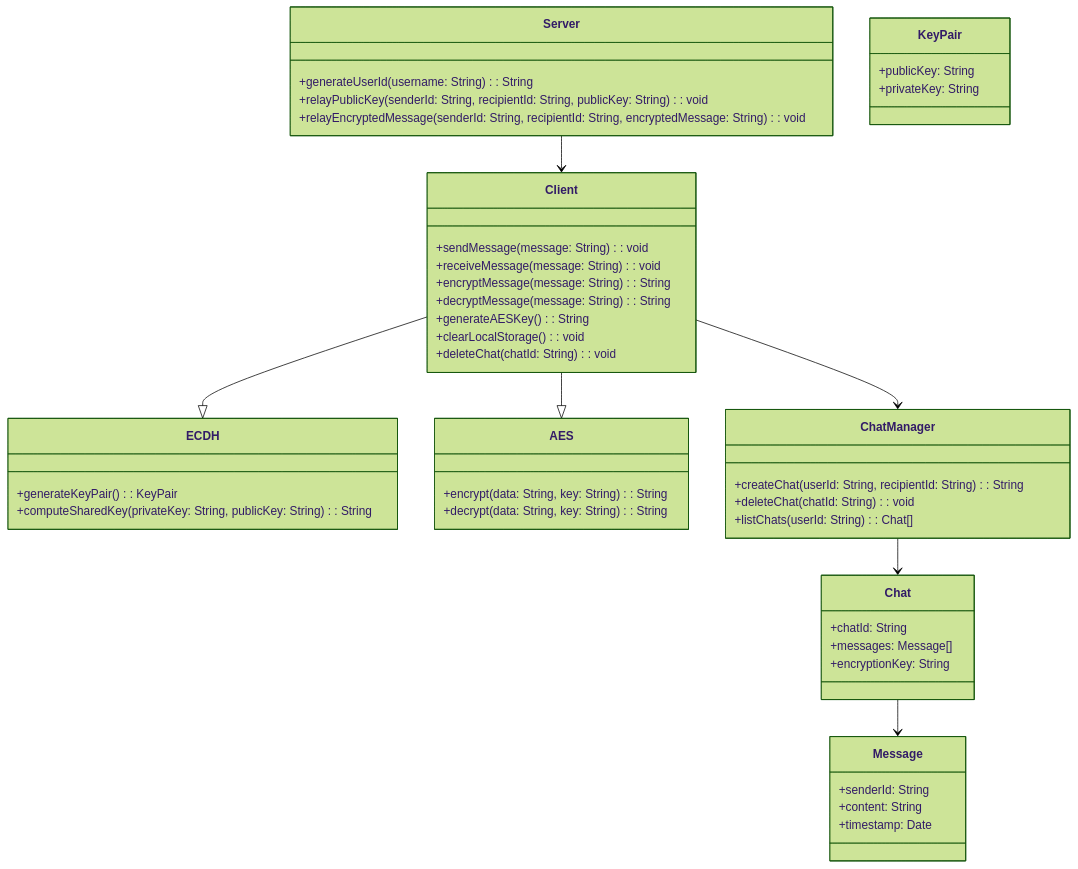
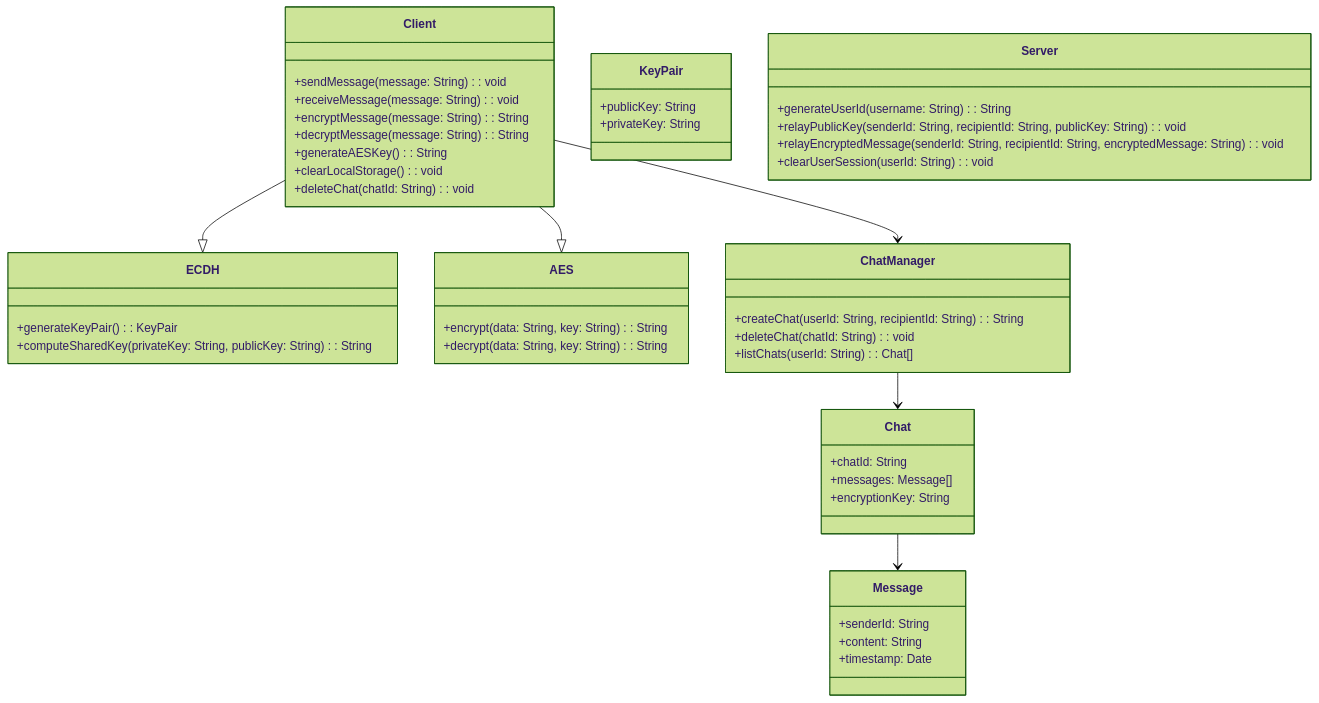
Before and after one commit to GuillaumeDorschner/RTU-CryptoChatApp: the fourth of 4 diagrams in Technical Design System.md, drawn with Mermaid (forest theme). The commit also changed other lines of this file and 1 other file, not shown here.

````diff
--- a/Technical Design System.md
+++ b/Technical Design System.md
@@ -95,58 +99,59 @@
 ```mermaid
 classDiagram
+
+
     class Client {
         +sendMessage(message: String): void
         +receiveMessage(message: String): void
         +encryptMessage(message: String): String
         +decryptMessage(message: String): String
         +generateAESKey(): String
         +clearLocalStorage(): void
         +deleteChat(chatId: String): void
     }
+    class ECDH {
+        +generateKeyPair(): KeyPair
+        +computeSharedKey(privateKey: String, publicKey: String): String
+    }
+
+    class KeyPair {
+        +publicKey: String
+        +privateKey: String
+    }
 
     class Server {
         +generateUserId(username: String): String
         +relayPublicKey(senderId: String, recipientId: String, publicKey: String): void
         +relayEncryptedMessage(senderId: String, recipientId: String, encryptedMessage: String): void
-    }
-
-    class ECDH {
-        +generateKeyPair(): KeyPair
-        +computeSharedKey(privateKey: String, publicKey: String): String
+        +clearUserSession(userId: String): void
     }
 
     class AES {
         +encrypt(data: String, key: String): String
         +decrypt(data: String, key: String): String
-    }
-
-    class KeyPair {
-        +publicKey: String
-        +privateKey: String
     }
 
     class ChatManager {
         +createChat(userId: String, recipientId: String): String
         +deleteChat(chatId: String): void
         +listChats(userId: String): Chat[]
     }
 
     class Chat {
         +chatId: String
         +messages: Message[]
         +encryptionKey: String
     }
 
     class Message {
         +senderId: String
         +content: String
         +timestamp: Date
     }
 
     Client --|> ECDH
     Client --|> AES
-    Server --> Client
     Client --> ChatManager
     ChatManager --> Chat
     Chat --> Message
 ```
````
